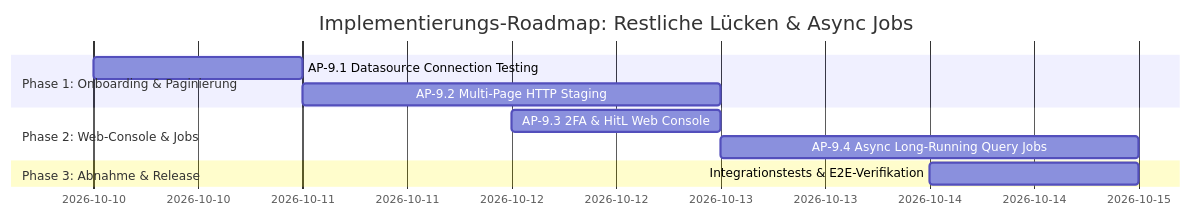
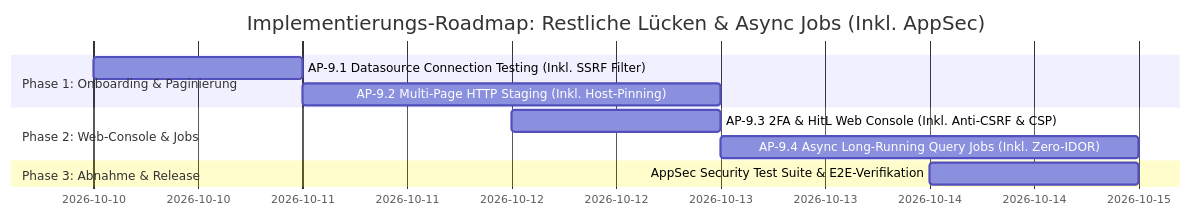
One commit to themulle/autheris changed the third of 3 diagrams in docs/plans/2026-10-09-implementierungsplan-restliche-luecken-onboarding-pagination-ui-jobs.md. Above: the diagram before and after it, drawn with Mermaid. The commit also changed other lines of this file, not shown here.

Commit message:
docs(security): AppSec review and threat model hardening for Plan 9

````diff
--- a/docs/plans/2026-10-09-implementierungsplan-restliche-luecken-onboarding-pagination-ui-jobs.md
+++ b/docs/plans/2026-10-09-implementierungsplan-restliche-luecken-onboarding-pagination-ui-jobs.md
@@ -233,13 +327,13 @@
 ```mermaid
 gantt
-    title Implementierungs-Roadmap: Restliche Lücken & Async Jobs
+    title Implementierungs-Roadmap: Restliche Lücken & Async Jobs (Inkl. AppSec)
     dateFormat  YYYY-MM-DD
     section Phase 1: Onboarding & Paginierung
-    AP-9.1 Datasource Connection Testing    :2026-10-10, 1d
-    AP-9.2 Multi-Page HTTP Staging          :2026-10-11, 1.5d
+    AP-9.1 Datasource Connection Testing (Inkl. SSRF Filter) :2026-10-10, 1d
+    AP-9.2 Multi-Page HTTP Staging (Inkl. Host-Pinning)      :2026-10-11, 1.5d
     section Phase 2: Web-Console & Jobs
-    AP-9.3 2FA & HitL Web Console           :2026-10-12, 1d
-    AP-9.4 Async Long-Running Query Jobs     :2026-10-13, 1.5d
+    AP-9.3 2FA & HitL Web Console (Inkl. Anti-CSRF & CSP)    :2026-10-12, 1d
+    AP-9.4 Async Long-Running Query Jobs (Inkl. Zero-IDOR)   :2026-10-13, 1.5d
     section Phase 3: Abnahme & Release
-    Integrationstests & E2E-Verifikation   :2026-10-14, 1d
+    AppSec Security Test Suite & E2E-Verifikation            :2026-10-14, 1d
 ```
````
